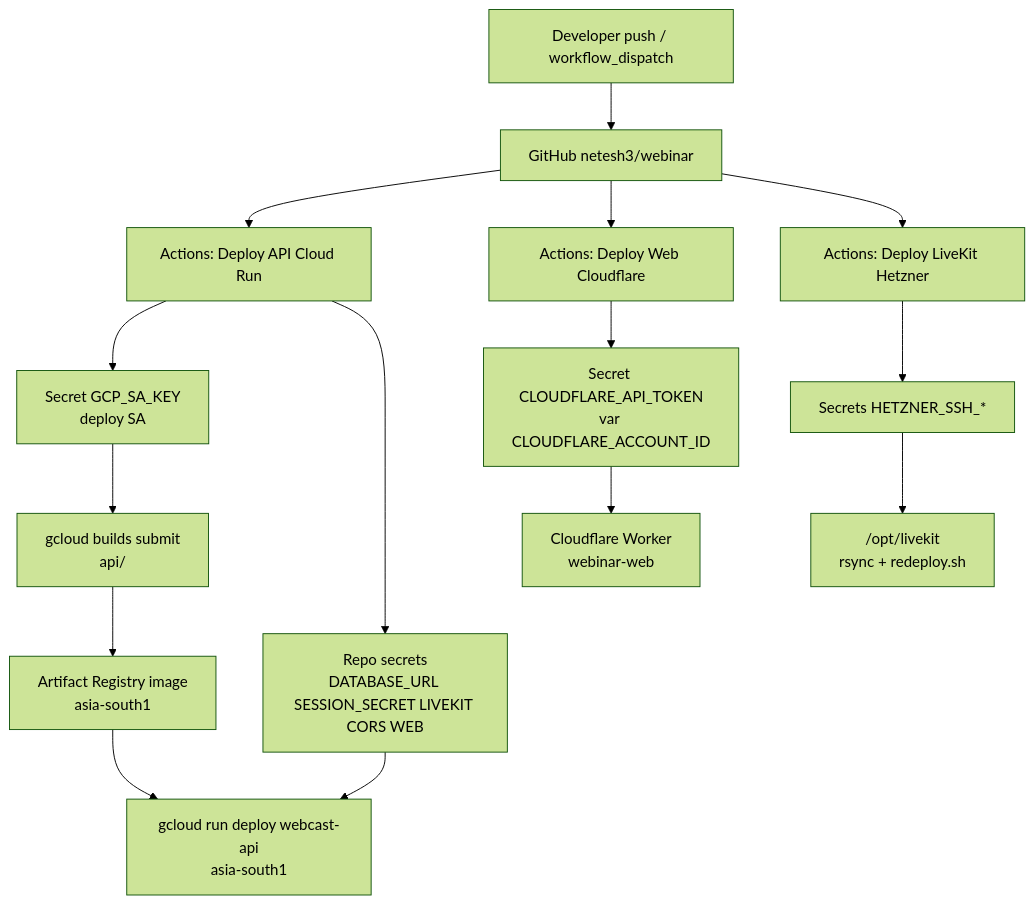
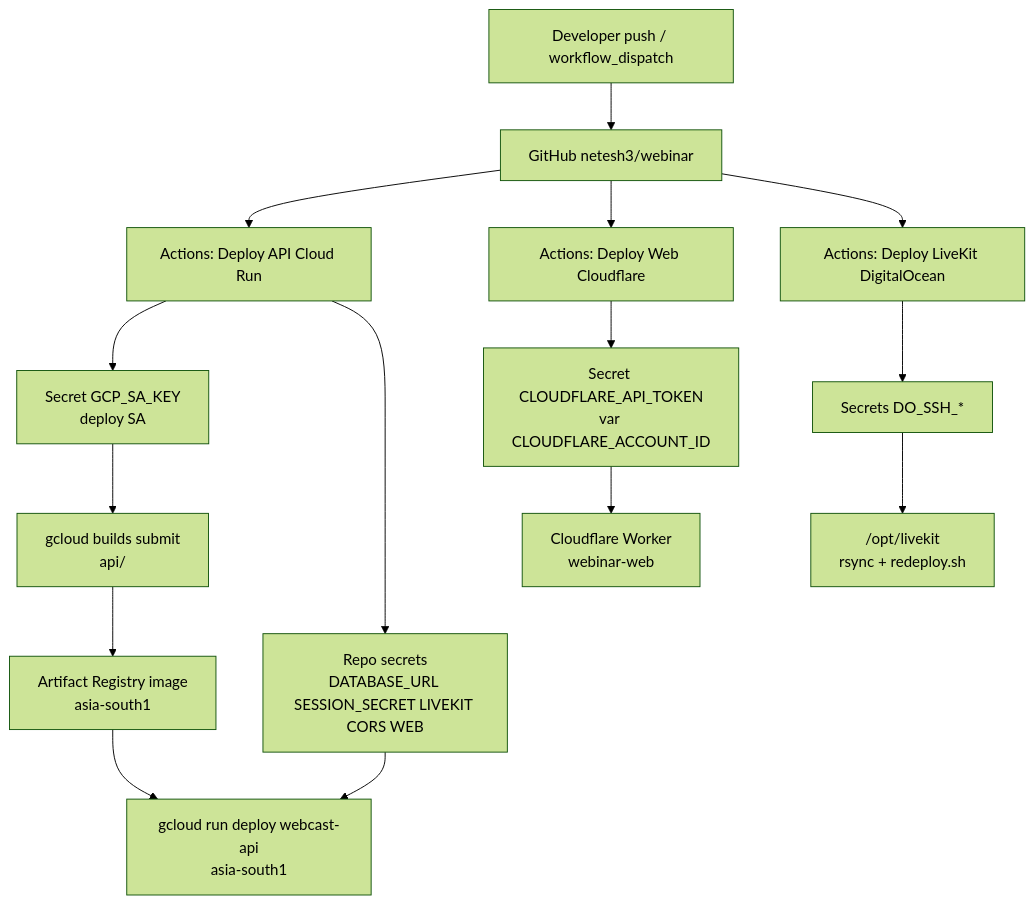
One commit to netesh3/webinar changed the second of 2 diagrams in docs/DEPLOYMENT-TOPOLOGY.md. Above: the diagram before and after it, drawn with Mermaid (forest theme). The commit also changed other lines of this file and 72 other files, not shown here.

````diff
--- a/docs/DEPLOYMENT-TOPOLOGY.md
+++ b/docs/DEPLOYMENT-TOPOLOGY.md
@@ -73,31 +73,31 @@
 ```mermaid
 flowchart TD
   Dev["Developer push / workflow_dispatch"]
   GH["GitHub netesh3/webinar"]
   WF["Actions: Deploy API Cloud Run"]
   WFCF["Actions: Deploy Web Cloudflare"]
-  WFLK["Actions: Deploy LiveKit Hetzner"]
+  WFLK["Actions: Deploy LiveKit DigitalOcean"]
   SA["Secret GCP_SA_KEY\ndeploy SA"]
   Build["gcloud builds submit\napi/"]
   Img["Artifact Registry image\nasia-south1"]
   Deploy["gcloud run deploy webcast-api\nasia-south1"]
   Secrets["Repo secrets\nDATABASE_URL SESSION_SECRET LIVEKIT CORS WEB"]
   CFTok["Secret CLOUDFLARE_API_TOKEN\nvar CLOUDFLARE_ACCOUNT_ID"]
-  SSH["Secrets HETZNER_SSH_*"]
+  SSH["Secrets DO_SSH_*"]
   Opt["/opt/livekit\nrsync + redeploy.sh"]
 
   Dev --> GH
   GH --> WF
   GH --> WFCF
   GH --> WFLK
   WF --> SA
   WF --> Secrets
   SA --> Build
   Build --> Img
   Img --> Deploy
   Secrets --> Deploy
   WFCF --> CFTok
   CFTok --> Worker["Cloudflare Worker\nwebinar-web"]
   WFLK --> SSH
   SSH --> Opt
 ```
````
